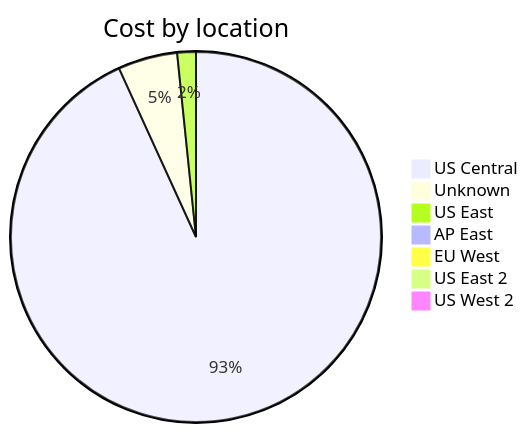
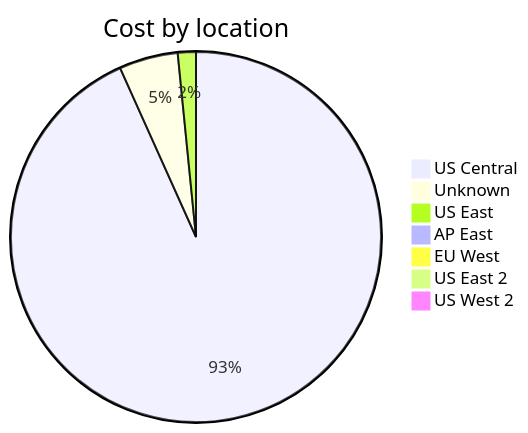
The third of 4 diagrams in cost-reports/accumulated-cost.md (jpfulton/azure-personal-reports), drawn with Mermaid before and after one commit. The commit also changed other lines of this file and 4 other files, not shown here.

````diff
--- a/cost-reports/accumulated-cost.md
+++ b/cost-reports/accumulated-cost.md
@@ -121,11 +121,11 @@
 ```mermaid
 pie
    title Cost by location
-   "US Central" : 6.29
-   "Unknown" : 0.35
-   "US East" : 0.11
+   "US Central" : 7.08
+   "Unknown" : 0.39
+   "US East" : 0.12
    "AP East" : 0.00
    "EU West" : 0.00
    "US East 2" : 0.00
    "US West 2" : 0.00
 ```
````
